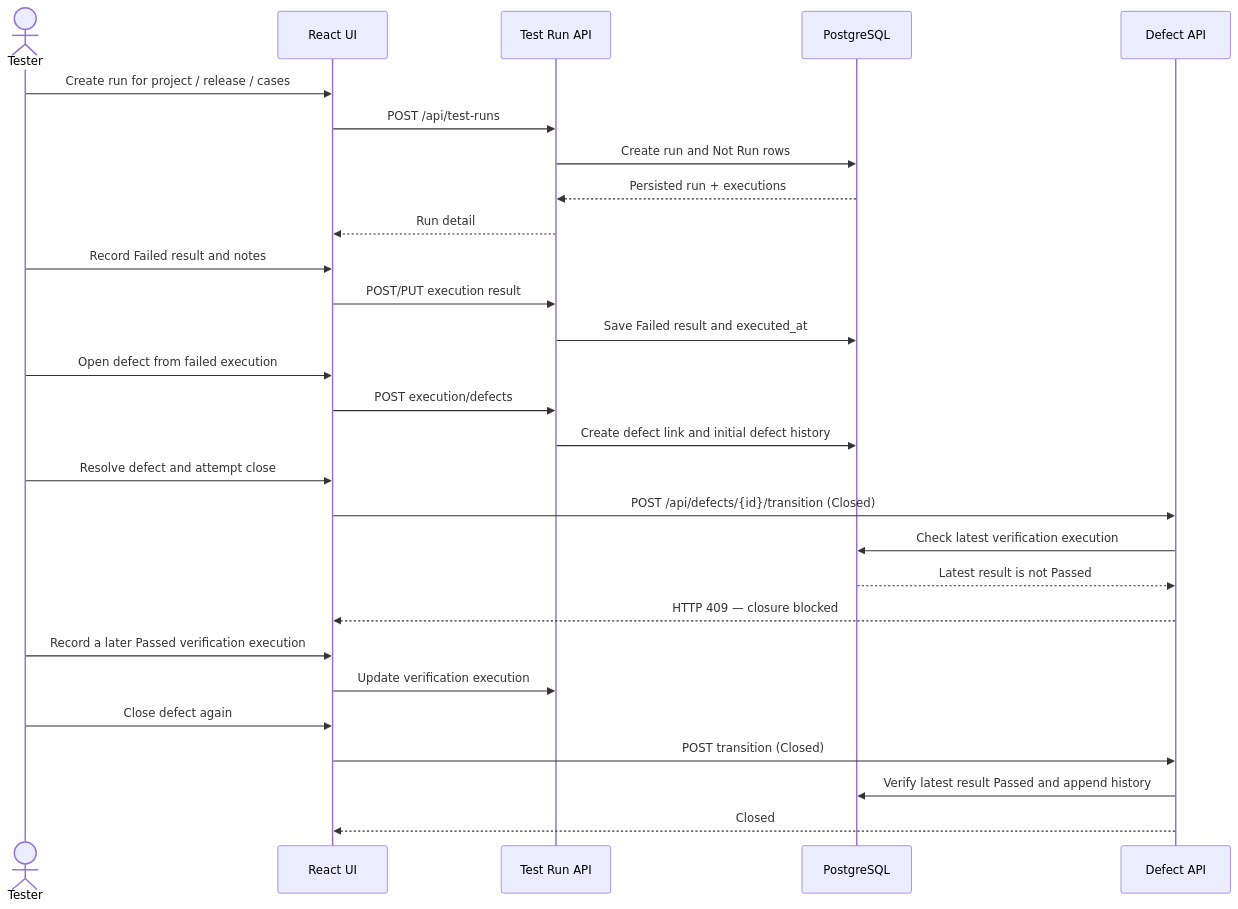
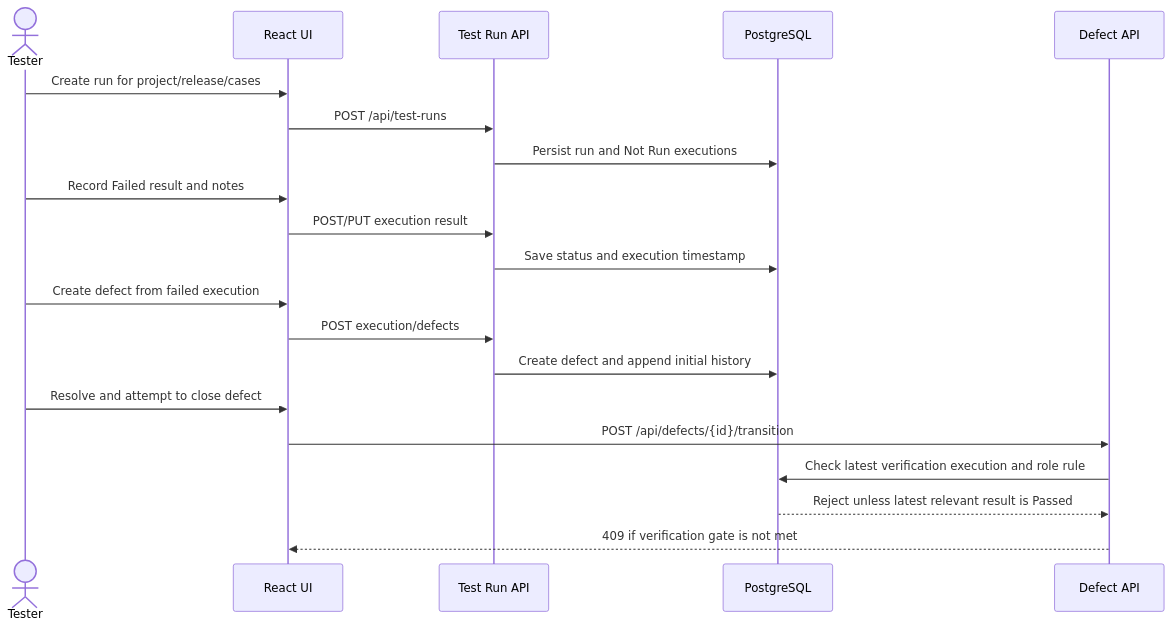
Before and after one commit to Aoreri/SEN0421: the fifth of 5 diagrams in docs/software-design-description.md, drawn with Mermaid. The commit also changed other lines of this file, not shown here.

````diff
--- a/docs/software-design-description.md
+++ b/docs/software-design-description.md
@@ -410,30 +224,22 @@
 ```mermaid
 sequenceDiagram
-    actor Tester
-    participant UI as React UI
-    participant Run as Test Run API
-    participant DB as PostgreSQL
-    participant Defect as Defect API
-    Tester->>UI: Create run for project / release / cases
-    UI->>Run: POST /api/test-runs
-    Run->>DB: Create run and Not Run rows
-    DB-->>Run: Persisted run + executions
-    Run-->>UI: Run detail
-    Tester->>UI: Record Failed result and notes
-    UI->>Run: POST/PUT execution result
-    Run->>DB: Save Failed result and executed_at
-    Tester->>UI: Open defect from failed execution
-    UI->>Run: POST execution/defects
-    Run->>DB: Create defect link and initial defect history
-    Tester->>UI: Resolve defect and attempt close
-    UI->>Defect: POST /api/defects/{id}/transition (Closed)
-    Defect->>DB: Check latest verification execution
-    DB-->>Defect: Latest result is not Passed
-    Defect-->>UI: HTTP 409 — closure blocked
-    Tester->>UI: Record a later Passed verification execution
-    UI->>Run: Update verification execution
-    Tester->>UI: Close defect again
-    UI->>Defect: POST transition (Closed)
-    Defect->>DB: Verify latest result Passed and append history
-    Defect-->>UI: Closed
+  actor Tester
+  participant UI as React UI
+  participant Run as Test Run API
+  participant DB as PostgreSQL
+  participant Defect as Defect API
+  Tester->>UI: Create run for project/release/cases
+  UI->>Run: POST /api/test-runs
+  Run->>DB: Persist run and Not Run executions
+  Tester->>UI: Record Failed result and notes
+  UI->>Run: POST/PUT execution result
+  Run->>DB: Save status and execution timestamp
+  Tester->>UI: Create defect from failed execution
+  UI->>Run: POST execution/defects
+  Run->>DB: Create defect and append initial history
+  Tester->>UI: Resolve and attempt to close defect
+  UI->>Defect: POST /api/defects/{id}/transition
+  Defect->>DB: Check latest verification execution and role rule
+  DB-->>Defect: Reject unless latest relevant result is Passed
+  Defect-->>UI: 409 if verification gate is not met
 ```
````
